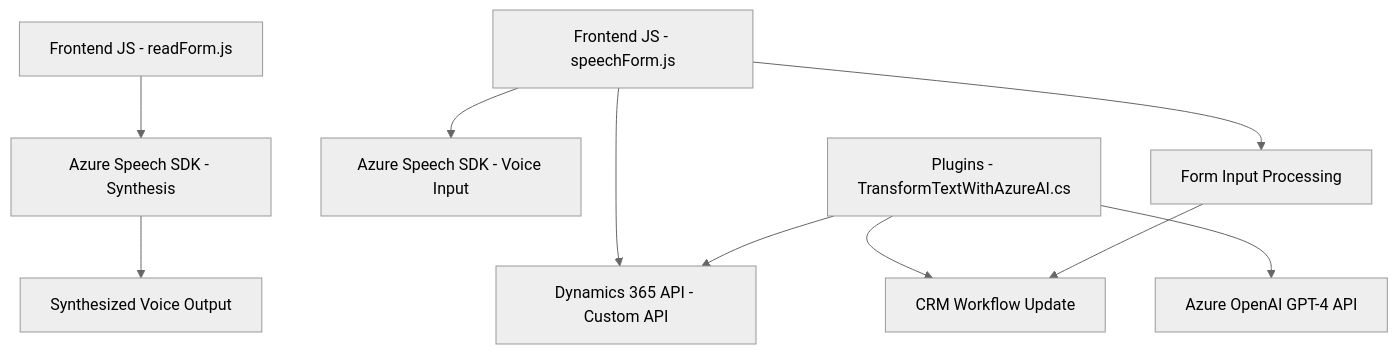
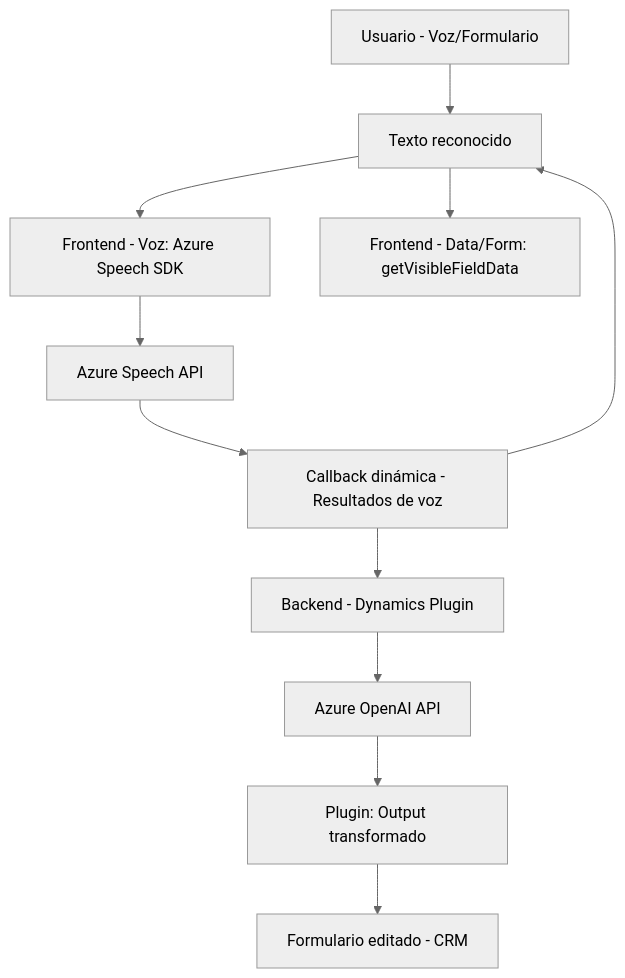
One commit to blopezdm/NETCORE_BILBAO2025 changed the diagram in README.md. Above: the diagram before and after it, drawn with Mermaid (neutral theme). The commit also changed other lines of this file, not shown here.

````diff
--- a/README.md
+++ b/README.md
@@ -45,12 +49,15 @@
 ```mermaid
 graph TD
-    A["Frontend JS - readForm.js"] --> B["Azure Speech SDK - Synthesis"]
-    C["Frontend JS - speechForm.js"] --> D["Azure Speech SDK - Voice Input"]
-    C --> E["Dynamics 365 API - Custom API"]
-    F["Plugins - TransformTextWithAzureAI.cs"] --> G["Azure OpenAI GPT-4 API"]
-    F --> E
-    B --> H["Synthesized Voice Output"]
-    C --> I["Form Input Processing"]
-    F --> J["CRM Workflow Update"]
-    I --> J
+    A["Usuario - Voz/Formulario"]
+    A --> B["Frontend - JS/readForm.js"]
+    B --> C["Frontend - Voz: Azure Speech SDK"]
+    B --> D["Frontend - Data/Form: getVisibleFieldData"]
+    C --> E["Azure Speech API"]
+    E --> F["Callback dinámica - Resultados de voz"]
+
+    F --> B["Texto reconocido"]
+    F --> G["Backend - Dynamics Plugin"]
+    G --> H["Azure OpenAI API"]
+    H --> I["Plugin: Output transformado"]
+    I --> J["Formulario editado - CRM"]
 ```
````
